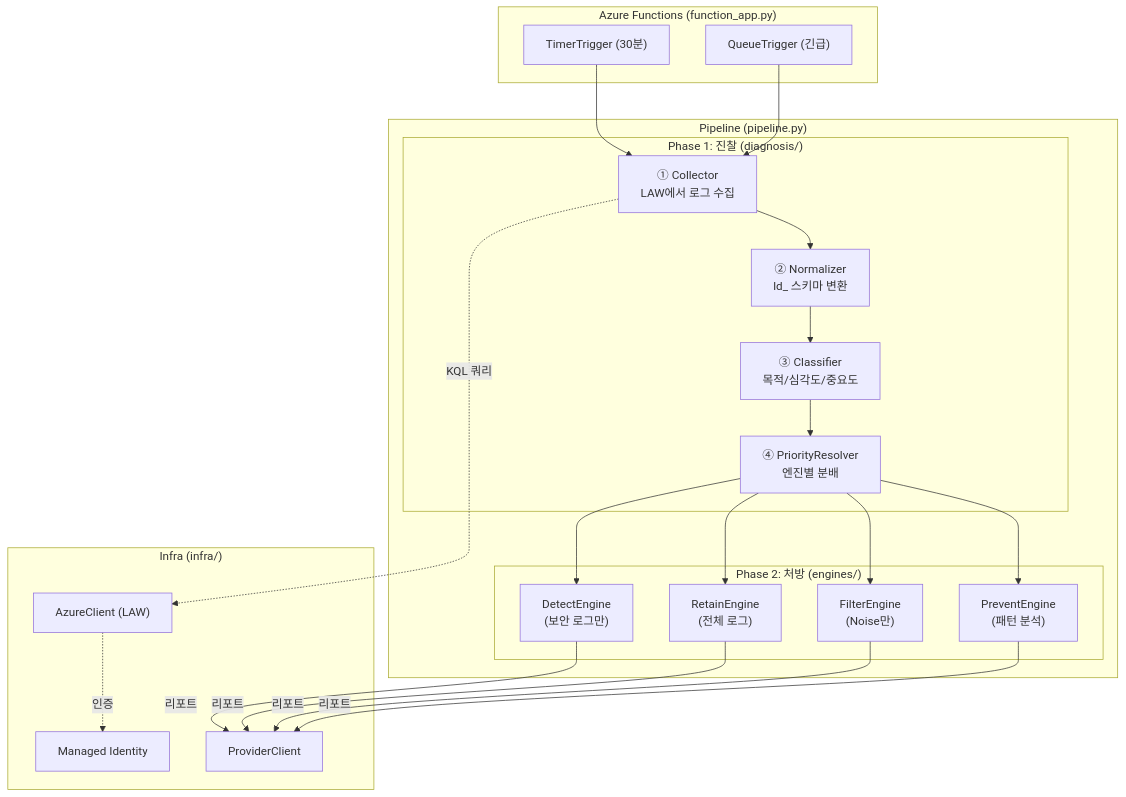
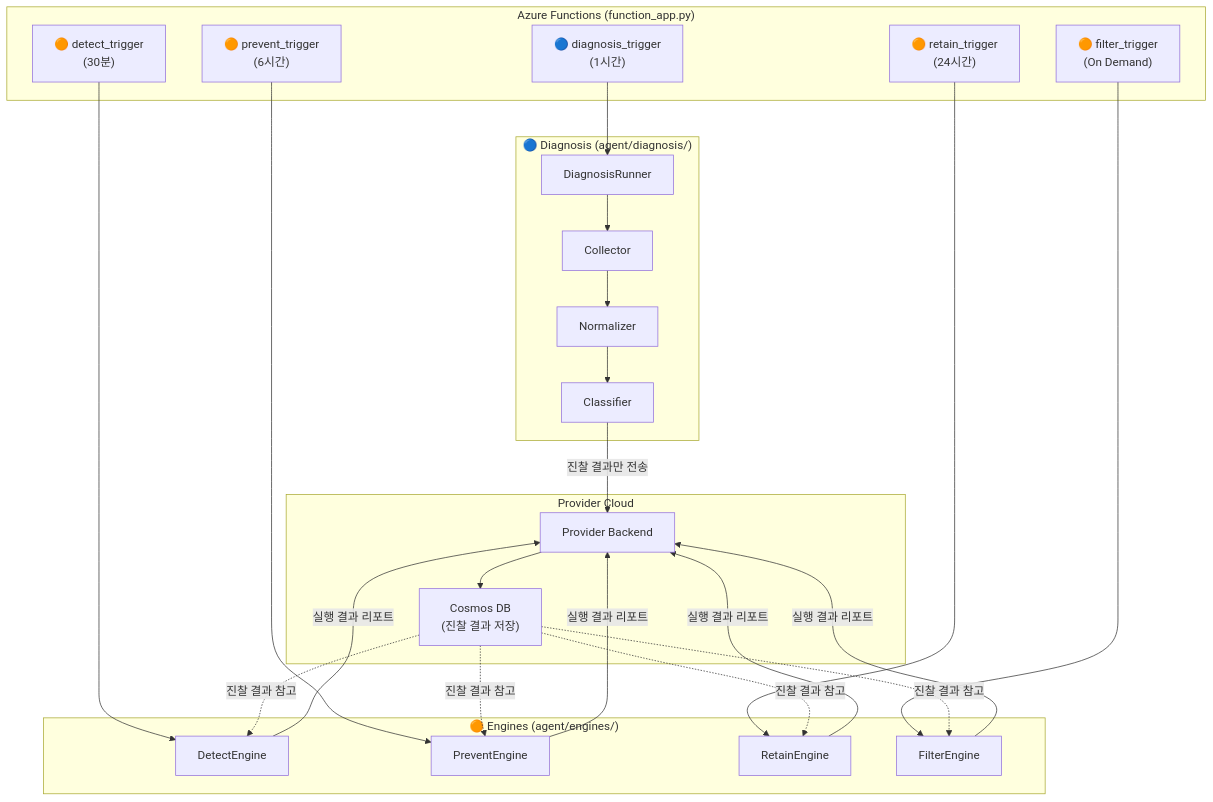
Before and after one commit to logDoctor/document: the third of 3 diagrams in azure/projects/log-diagnosis-implementation.md, drawn with Mermaid. The commit also changed other lines of this file and 4 other files, not shown here.

````diff
--- a/azure/projects/log-diagnosis-implementation.md
+++ b/azure/projects/log-diagnosis-implementation.md
@@ -300,38 +325,42 @@
 ```mermaid
 graph TB
     subgraph "Azure Functions (function_app.py)"
-        Timer["TimerTrigger (30분)"]
-        Queue["QueueTrigger (긴급)"]
+        DT["🔵 diagnosis_trigger<br/>(1시간)"]
+        ET1["🟠 detect_trigger<br/>(30분)"]
+        ET2["🟠 prevent_trigger<br/>(6시간)"]
+        ET3["🟠 retain_trigger<br/>(24시간)"]
+        ET4["🟠 filter_trigger<br/>(On Demand)"]
     end
 
-    subgraph "Pipeline (pipeline.py)"
-        subgraph "Phase 1: 진찰 (diagnosis/)"
-            C["① Collector<br/>LAW에서 로그 수집"]
-            N["② Normalizer<br/>ld_ 스키마 변환"]
-            CL["③ Classifier<br/>목적/심각도/중요도"]
-            PR["④ PriorityResolver<br/>엔진별 분배"]
-            C --> N --> CL --> PR
-        end
-
-        subgraph "Phase 2: 처방 (engines/)"
-            DE["DetectEngine<br/>(보안 로그만)"]
-            RE["RetainEngine<br/>(전체 로그)"]
-            FI["FilterEngine<br/>(Noise만)"]
-            PE["PreventEngine<br/>(패턴 분석)"]
-        end
-
-        PR --> DE & RE & FI & PE
+    subgraph "🔵 Diagnosis (agent/diagnosis/)"
+        DR["DiagnosisRunner"]
+        CO["Collector"]
+        NO["Normalizer"]
+        CL["Classifier"]
+        DR --> CO --> NO --> CL
     end
 
-    subgraph "Infra (infra/)"
-        Auth["Managed Identity"]
-        Azure["AzureClient (LAW)"]
-        Prov["ProviderClient"]
+    subgraph "🟠 Engines (agent/engines/)"
+        DE["DetectEngine"]
+        PE["PreventEngine"]
+        RE["RetainEngine"]
+        FI["FilterEngine"]
     end
 
-    Timer --> C
-    Queue --> C
-    C -.->|KQL 쿼리| Azure
-    Azure -.->|인증| Auth
-    DE & RE & FI & PE -->|리포트| Prov
+    subgraph "Provider Cloud"
+        PB["Provider Backend"]
+        DB["Cosmos DB<br/>(진찰 결과 저장)"]
+    end
+
+    DT --> DR
+    CL -->|진찰 결과만 전송| PB
+    PB --> DB
+
+    ET1 --> DE
+    ET2 --> PE
+    ET3 --> RE
+    ET4 --> FI
+
+    DB -.->|진찰 결과 참고| DE & PE & RE & FI
+    DE & PE & RE & FI -->|실행 결과 리포트| PB
 ```
````
